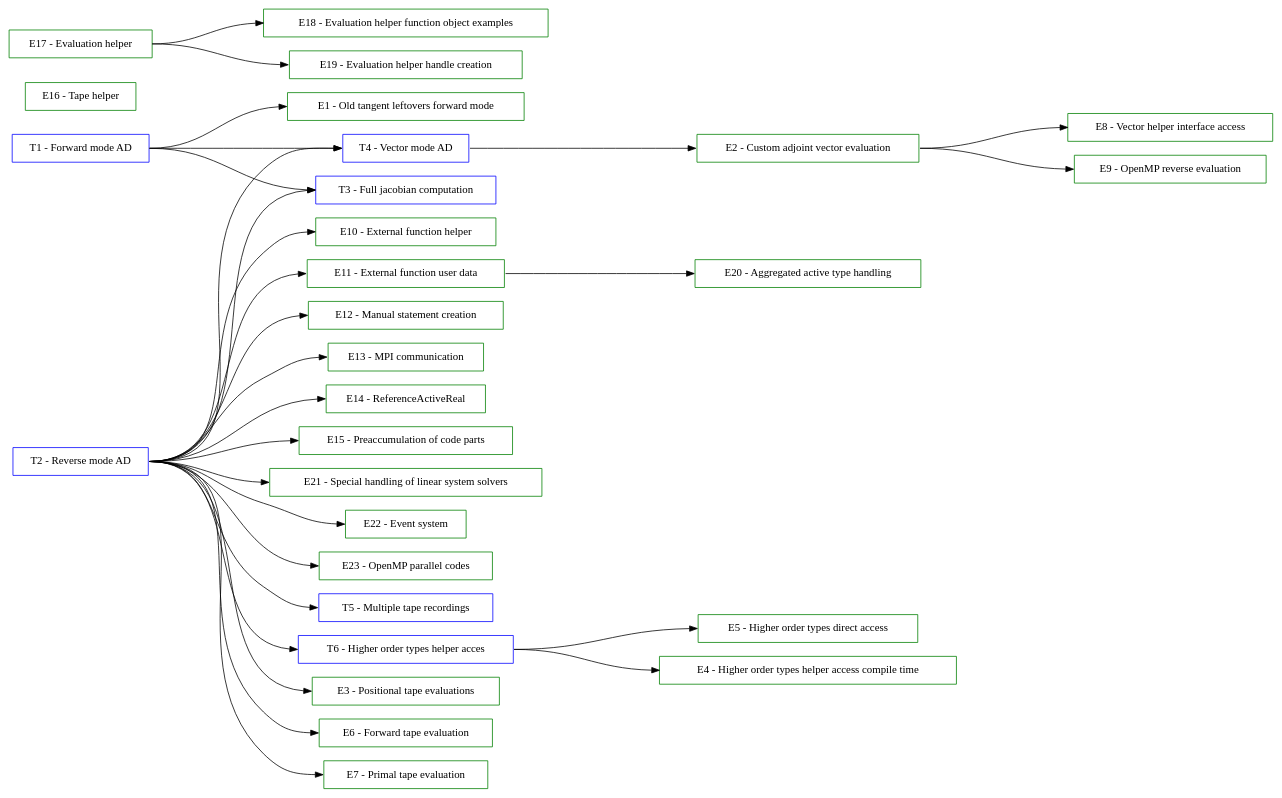
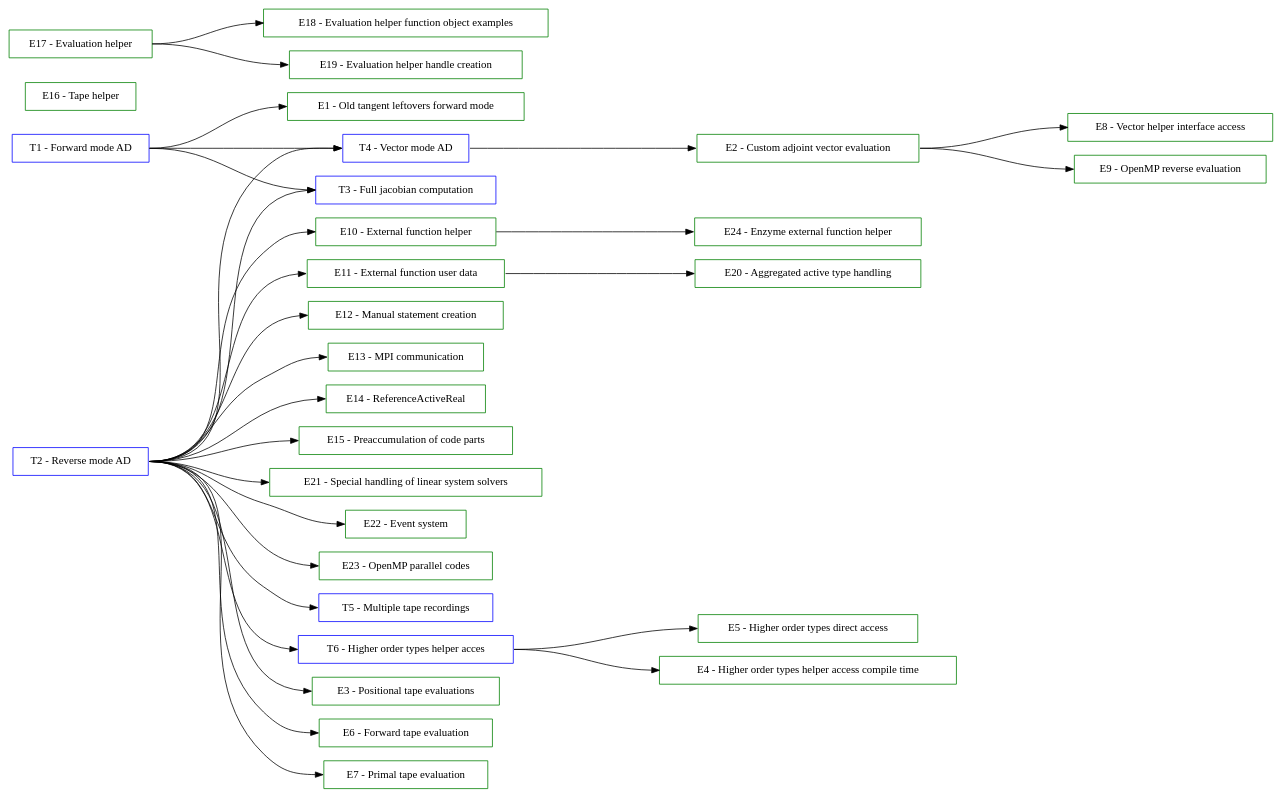
Before and after one commit to SciCompKL/CoDiPack: the diagram in documentation/user/TutorialsGraph.dot, drawn with Graphviz. The commit also changed 15 other files, not shown here.

```diff
--- a/documentation/user/TutorialsGraph.dot
+++ b/documentation/user/TutorialsGraph.dot
@@ -1,95 +1,98 @@
 digraph Tutorials {
   rankdir=LR;
   ranksep=2;
 
   // Tutorial nodes
   node [shape=box color=blue];
   T01 [label="T1 - Forward mode AD"];
 
   T02 [label="T2 - Reverse mode AD"];
 
   T03 [label="T3 - Full jacobian computation"];
 
   T04 [label="T4 - Vector mode AD"];
 
   T05 [label="T5 - Multiple tape recordings"];
 
   T06 [label="T6 - Higher order types helper acces"];
 
   // Example nodes
   node [shape=box color=green];
   E01 [label="E1 - Old tangent leftovers forward mode"];
 
   E02 [label="E2 - Custom adjoint vector evaluation"];
 
   E03 [label="E3 - Positional tape evaluations"];
 
   E04 [label="E4 - Higher order types helper access compile time"];
 
   E05 [label="E5 - Higher order types direct access"];
 
   E06 [label="E6 - Forward tape evaluation"];
 
   E07 [label="E7 - Primal tape evaluation"];
 
   E08 [label="E8 - Vector helper interface access"];
 
   E09 [label="E9 - OpenMP reverse evaluation"];
 
   E10 [label="E10 - External function helper"];
 
   E11 [label="E11 - External function user data"];
 
   E12 [label="E12 - Manual statement creation"];
 
   E13 [label="E13 - MPI communication"];
 
   E14 [label="E14 - ReferenceActiveReal"];
 
   E15 [label="E15 - Preaccumulation of code parts"];
 
   E16 [label="E16 - Tape helper"];
 
   E17 [label="E17 - Evaluation helper"];
 
   E18 [label="E18 - Evaluation helper function object examples"];
 
   E19 [label="E19 - Evaluation helper handle creation"];
 
   E20 [label="E20 - Aggregated active type handling"];
 
   E21 [label="E21 - Special handling of linear system solvers"];
 
   E22 [label="E22 - Event system"];
 
   E23 [label="E23 - OpenMP parallel codes"];
 
+  E24 [label="E24 - Enzyme external function helper"];
+
   // Edges (sorted)
   E02:e -> E08:w;
   E02:e -> E09:w;
+  E10:e -> E24:w;
   E11:e -> E20:w;
   E17:e -> E18:w;
   E17:e -> E19:w;
   T01:e -> E01:w;
   T01:e -> T03:w;
   T01:e -> T04:w;
   T02:e -> E03:w;
   T02:e -> E06:w;
   T02:e -> E07:w;
   T02:e -> E10:w;
   T02:e -> E11:w;
   T02:e -> E12:w;
   T02:e -> E13:w;
   T02:e -> E14:w;
   T02:e -> E15:w;
   T02:e -> T03:w;
   T02:e -> T04:w;
   T02:e -> T05:w;
   T02:e -> T06:w;
   T02:e -> E21:w;
   T02:e -> E22:w;
   T02:e -> E23:w;
   T04:e -> E02:w;
   T06:e -> E04:w;
   T06:e -> E05:w;
 }
```
